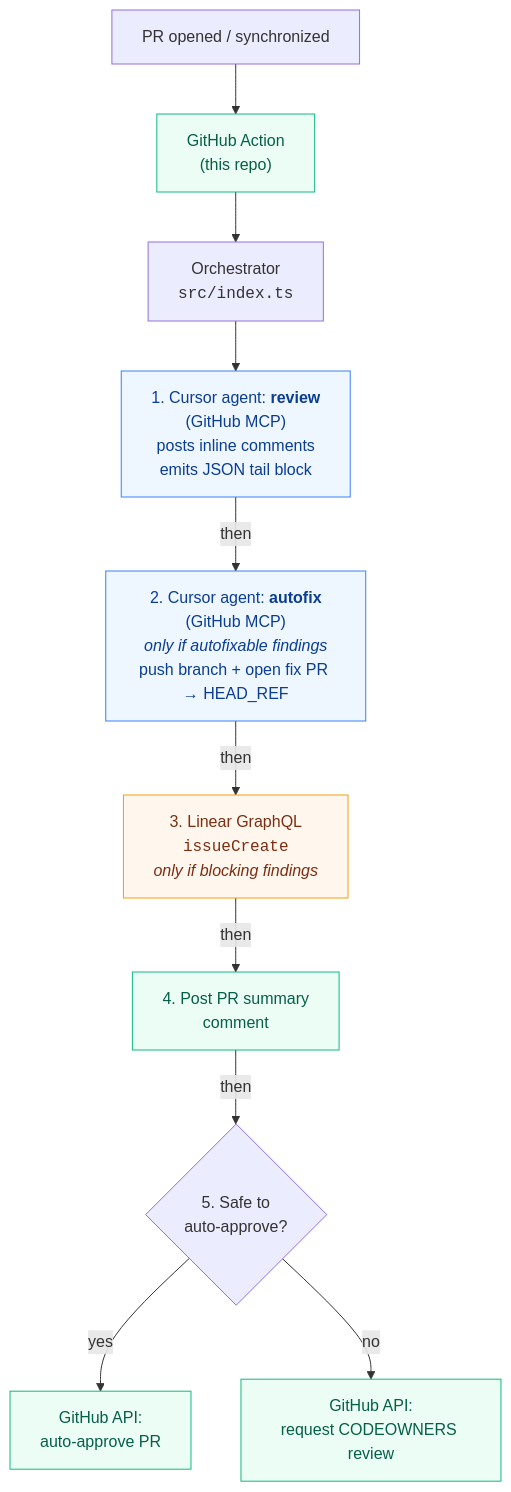
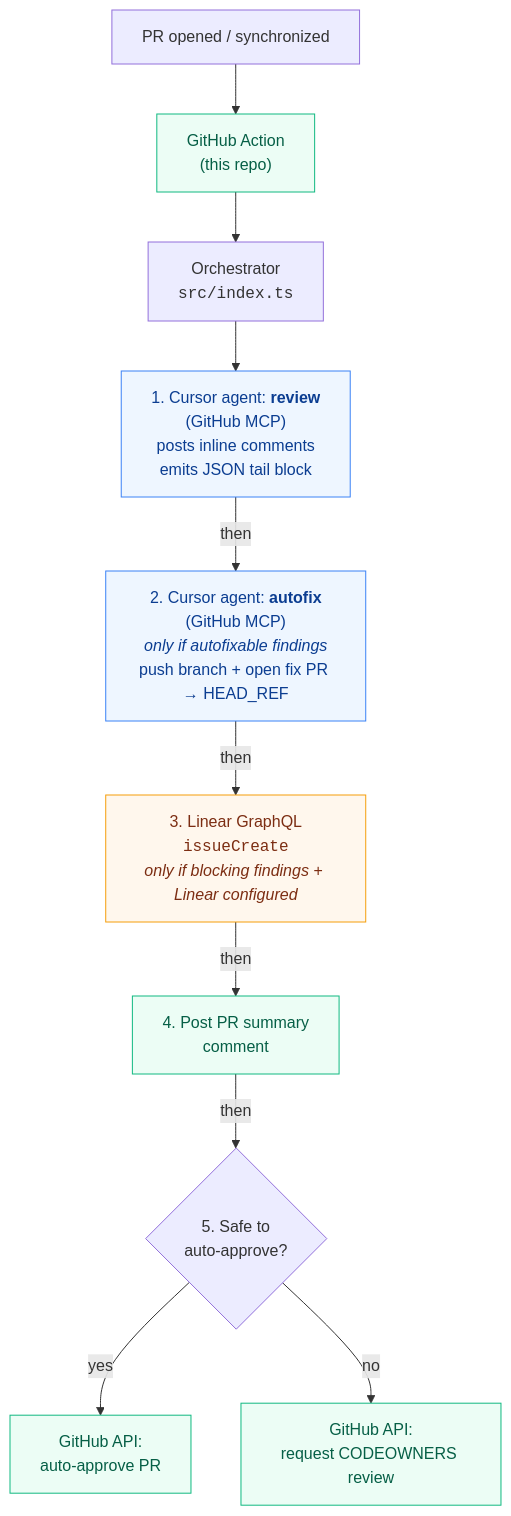
The diagram in README.md (captain-corgi/cursor-sdk-example), drawn with Mermaid before and after one commit.

Commit message:
fix(F1): clarify Linear precondition on architecture node
Align step 3 italics with code: blocking findings require LINEAR_API_KEY and LINEAR_TEAM_ID, not blocking findings alone.

Made-with: Cursor

````diff
--- a/README.md
+++ b/README.md
@@ -15,21 +15,21 @@
 ```mermaid
 flowchart TD
     PR["PR opened / synchronized"] --> Action["GitHub Action<br/>(this repo)"]
     Action --> Orchestrator["Orchestrator<br/><code>src/index.ts</code>"]
 
     Orchestrator --> Review["1. Cursor agent: <b>review</b><br/>(GitHub MCP)<br/>posts inline comments<br/>emits JSON tail block"]
     Review -->|then| Autofix["2. Cursor agent: <b>autofix</b><br/>(GitHub MCP)<br/><i>only if autofixable findings</i><br/>push branch + open fix PR → HEAD_REF"]
-    Autofix -->|then| Linear["3. Linear GraphQL<br/><code>issueCreate</code><br/><i>only if blocking findings</i>"]
+    Autofix -->|then| Linear["3. Linear GraphQL<br/><code>issueCreate</code><br/><i>only if blocking findings + Linear configured</i>"]
     Linear -->|then| Summary["4. Post PR summary<br/>comment"]
     Summary -->|then| Decide{"5. Safe to<br/>auto-approve?"}
 
     Decide -->|yes| Approve["GitHub API:<br/>auto-approve PR"]
     Decide -->|no| Reviewers["GitHub API:<br/>request CODEOWNERS review"]
 
     classDef agent fill:#eef6ff,stroke:#3b82f6,color:#0b3d91;
     classDef ext fill:#fff7ed,stroke:#f59e0b,color:#7c2d12;
     classDef gh fill:#ecfdf5,stroke:#10b981,color:#065f46;
     class Review,Autofix agent;
     class Linear ext;
     class Approve,Reviewers,Action,Summary gh;
 ```
````
